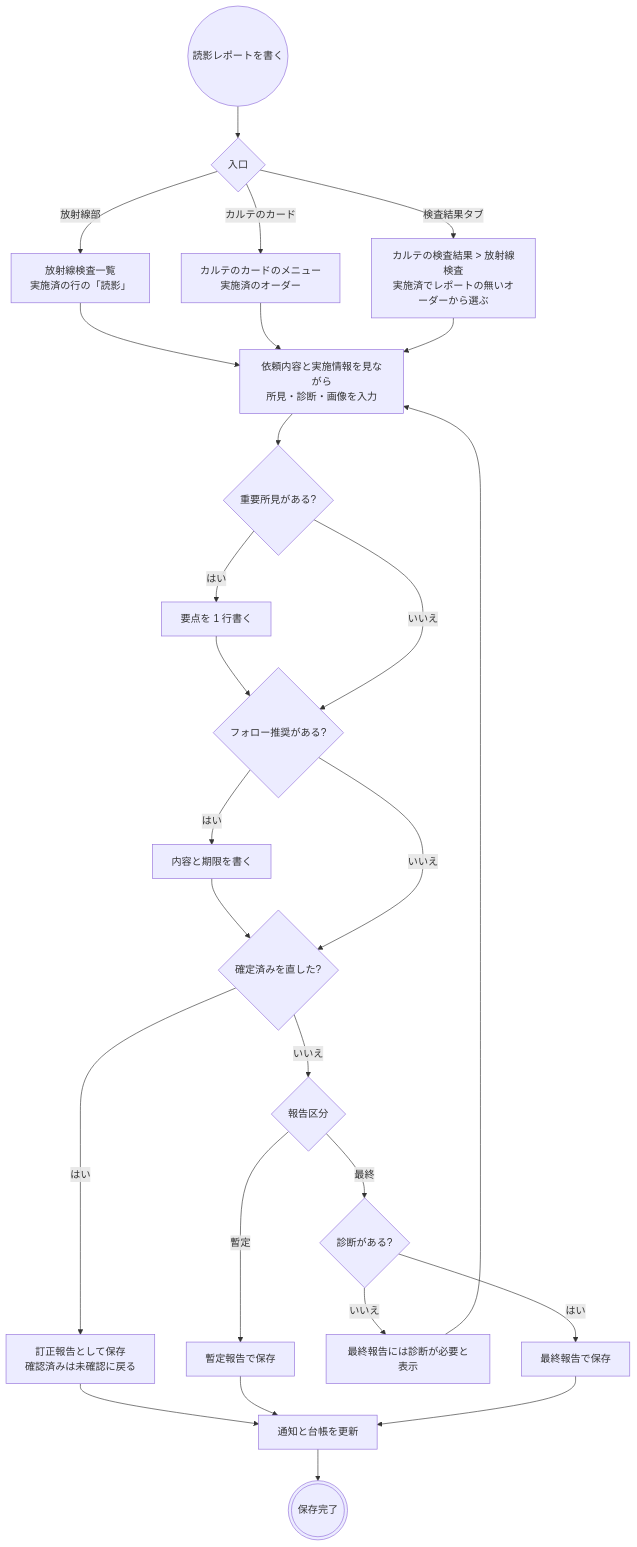
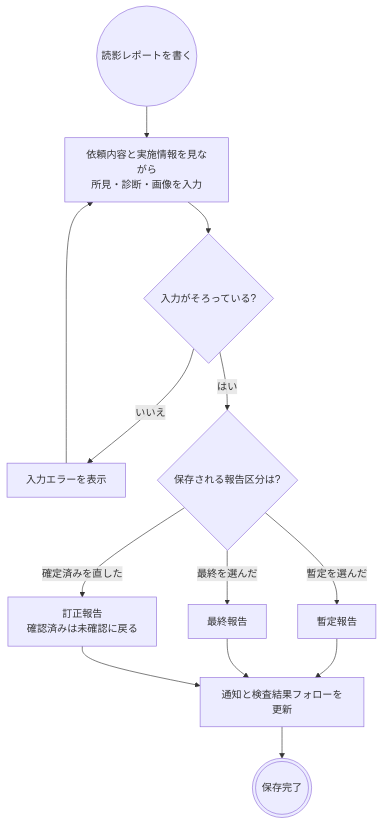
One commit to ysnr-dev/fhir-client-docs changed the fifth of 6 diagrams in docs/flows/rad.md. Above: the diagram before and after it, drawn with Mermaid. The commit also changed other lines of this file and 43 other files, not shown here.

Commit message:
docs: 業務フローとシーケンス図を写し直し

````diff
--- a/docs/flows/rad.md
+++ b/docs/flows/rad.md
@@ -205,39 +244,21 @@
 ```mermaid
 flowchart TD
   open(("読影レポートを書く"))
-  where{"入口"}
-  worklist["放射線検査一覧<br/>実施済の行の「読影」"]
-  card["カルテのカードのメニュー<br/>実施済のオーダー"]
-  tab["カルテの検査結果 > 放射線検査<br/>実施済でレポートの無いオーダーから選ぶ"]
   fill["依頼内容と実施情報を見ながら<br/>所見・診断・画像を入力"]
-  critical{"重要所見がある?"}
-  point["要点を 1 行書く"]
-  follow{"フォロー推奨がある?"}
-  followText["内容と期限を書く"]
-  existing{"確定済みを直した?"}
-  amended["訂正報告として保存<br/>確認済みは未確認に戻る"]
-  status{"報告区分"}
-  prelim["暫定報告で保存"]
-  finalCheck{"診断がある?"}
-  needConclusion["最終報告には診断が必要と表示"]
-  finalSave["最終報告で保存"]
-  notify["通知と台帳を更新"]
+  valid{"入力がそろっている?"}
+  error["入力エラーを表示"]
+  which{"保存される報告区分は?"}
+  prelim["暫定報告"]
+  finalSave["最終報告"]
+  amended["訂正報告<br/>確認済みは未確認に戻る"]
+  notify["通知と検査結果フォローを更新"]
   done((("保存完了")))
 
-  open --> where
-  where -- "放射線部" --> worklist --> fill
-  where -- "カルテのカード" --> card --> fill
-  where -- "検査結果タブ" --> tab --> fill
-  fill --> critical
-  critical -- "はい" --> point --> follow
-  critical -- "いいえ" --> follow
-  follow -- "はい" --> followText --> existing
-  follow -- "いいえ" --> existing
-  existing -- "はい" --> amended --> notify
-  existing -- "いいえ" --> status
-  status -- "暫定" --> prelim --> notify
-  status -- "最終" --> finalCheck
-  finalCheck -- "いいえ" --> needConclusion --> fill
-  finalCheck -- "はい" --> finalSave --> notify
+  open --> fill --> valid
+  valid -- "いいえ" --> error --> fill
+  valid -- "はい" --> which
+  which -- "暫定を選んだ" --> prelim --> notify
+  which -- "最終を選んだ" --> finalSave --> notify
+  which -- "確定済みを直した" --> amended --> notify
   notify --> done
 ```
````
